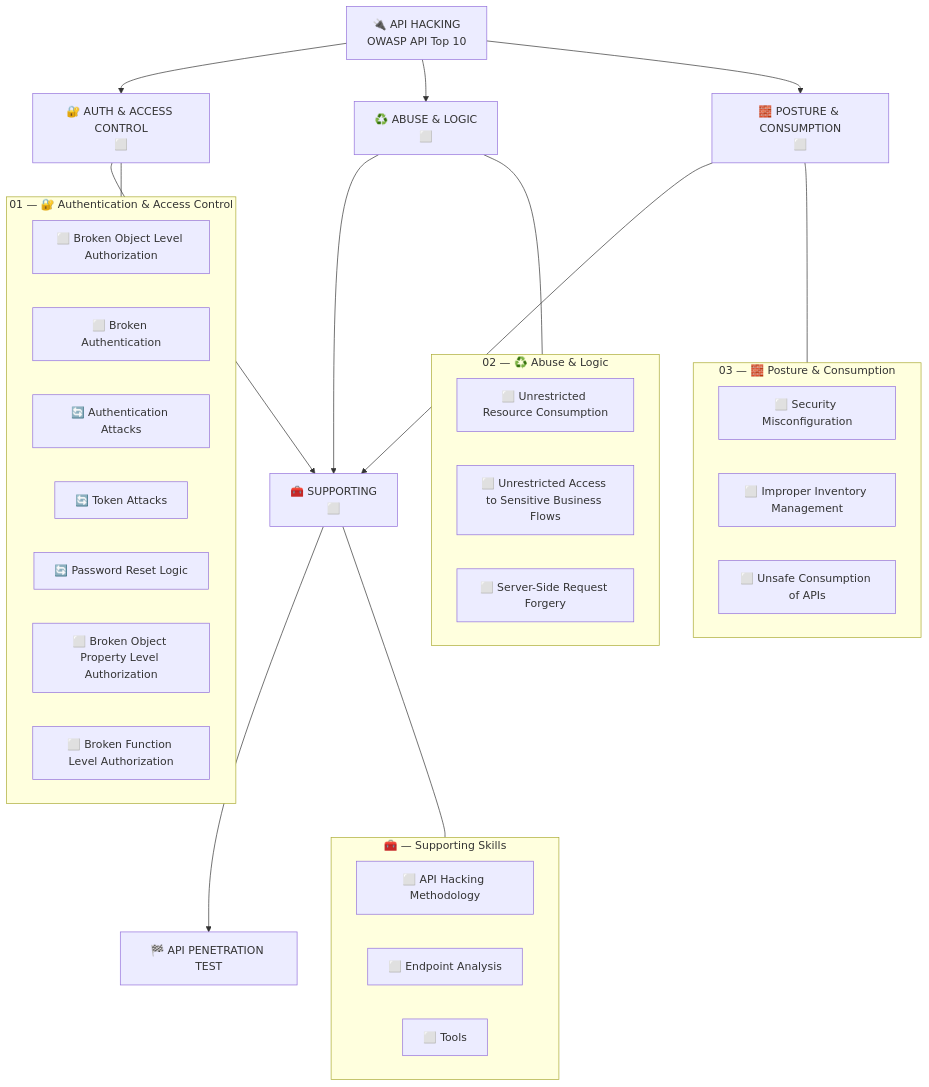
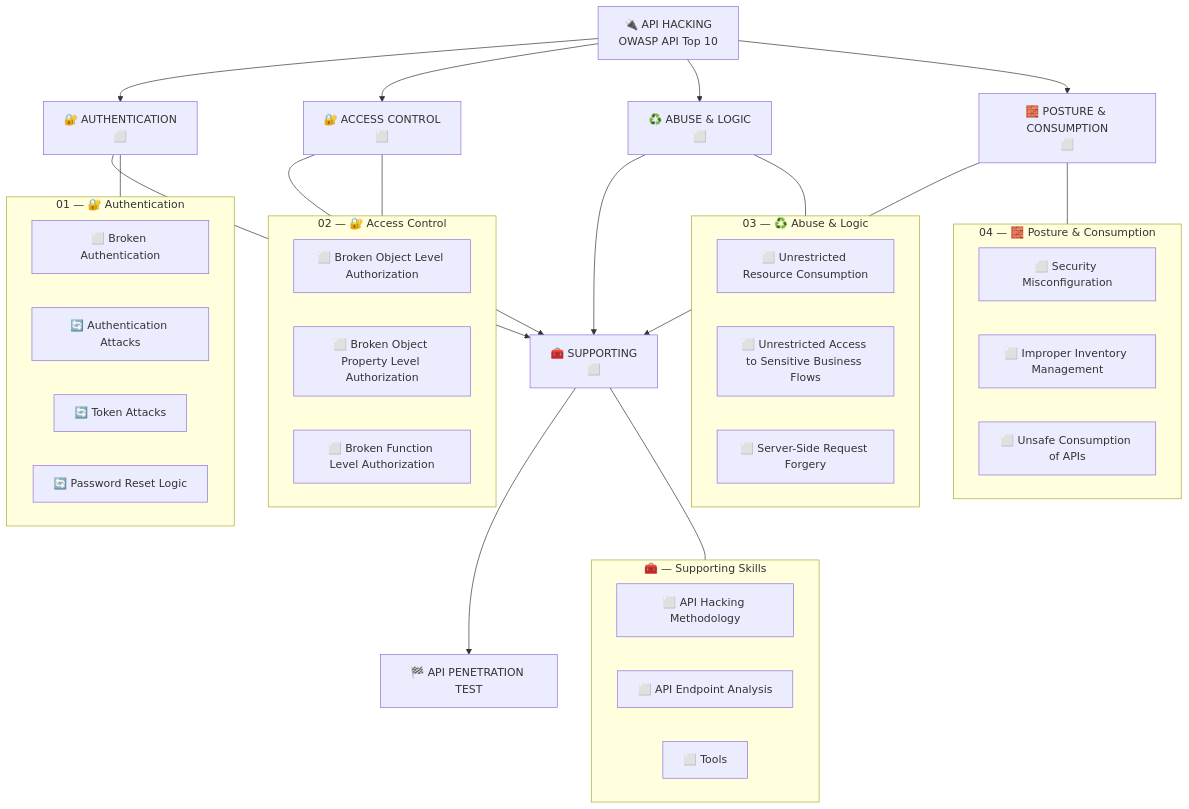
Before and after one commit to romeo-mhakayakora/API-Hacking: the diagram in README.md, drawn with Mermaid. The commit also changed other lines of this file and 18 other files, not shown here.

Commit message:
Split Authentication and Access Control into separate domains (renumber 03/04)

````diff
--- a/README.md
+++ b/README.md
@@ -15,59 +15,63 @@
 ```mermaid
 flowchart TB
     API["🔌 API HACKING<br/>OWASP API Top 10"]
-    D1["🔐 AUTH & ACCESS CONTROL<br/>⬜"]
-    D2["♻️ ABUSE & LOGIC<br/>⬜"]
-    D3["🧱 POSTURE & CONSUMPTION<br/>⬜"]
+    D1["🔐 AUTHENTICATION<br/>⬜"]
+    D2["🔐 ACCESS CONTROL<br/>⬜"]
+    D3["♻️ ABUSE & LOGIC<br/>⬜"]
+    D4["🧱 POSTURE & CONSUMPTION<br/>⬜"]
     SUP["🧰 SUPPORTING<br/>⬜"]
     PENT["🏁 API PENETRATION TEST"]
 
-    API --> D1 & D2 & D3
-    D1 & D2 & D3 --> SUP --> PENT
+    API --> D1 & D2 & D3 & D4
+    D1 & D2 & D3 & D4 --> SUP --> PENT
 
-    subgraph 01_ACCESS_CONTROL ["01 — 🔐 Authentication & Access Control"]
+    subgraph 01_AUTHENTICATION ["01 — 🔐 Authentication"]
+        BA["⬜ Broken Authentication"]
+        AA["🔄 Authentication Attacks"]
+        TA["🔄 Token Attacks"]
+        PRL["🔄 Password Reset Logic"]
+    end
+    subgraph 02_ACCESS_CONTROL ["02 — 🔐 Access Control"]
         BOLA["⬜ Broken Object Level Authorization"]
-        AUTH["⬜ Broken Authentication"]
-        CRED["🔄 Authentication Attacks"]
-        TOK["🔄 Token Attacks"]
-        PWR["🔄 Password Reset Logic"]
         BOPLA["⬜ Broken Object Property Level Authorization"]
         BFLA["⬜ Broken Function Level Authorization"]
     end
-    subgraph 02_ABUSE_LOGIC ["02 — ♻️ Abuse & Logic"]
-        RES["⬜ Unrestricted Resource Consumption"]
-        FLOW["⬜ Unrestricted Access to Sensitive Business Flows"]
-        SSRF["⬜ Server-Side Request Forgery"]
+    subgraph 03_ABUSE_LOGIC ["03 — ♻️ Abuse & Logic"]
+        URC["⬜ Unrestricted Resource Consumption"]
+        UBF["⬜ Unrestricted Access to Sensitive Business Flows"]
+        S["⬜ Server-Side Request Forgery"]
     end
-    subgraph 03_POSTURE_CONSUMPTION ["03 — 🧱 Posture & Consumption"]
-        MIS["⬜ Security Misconfiguration"]
-        INV["⬜ Improper Inventory Management"]
-        CON["⬜ Unsafe Consumption of APIs"]
+    subgraph 04_POSTURE_CONSUMPTION ["04 — 🧱 Posture & Consumption"]
+        SM["⬜ Security Misconfiguration"]
+        IIM["⬜ Improper Inventory Management"]
+        UAC["⬜ Unsafe Consumption of APIs"]
     end
     subgraph SUPPORTING ["🧰 — Supporting Skills"]
         MET["⬜ API Hacking Methodology"]
-        EPA["⬜ Endpoint Analysis"]
+        EPA["⬜ API Endpoint Analysis"]
         TLS["⬜ Tools"]
     end
 
-    D1 --- 01_ACCESS_CONTROL
-    D2 --- 02_ABUSE_LOGIC
-    D3 --- 03_POSTURE_CONSUMPTION
+    D1 --- 01_AUTHENTICATION
+    D2 --- 02_ACCESS_CONTROL
+    D3 --- 03_ABUSE_LOGIC
+    D4 --- 04_POSTURE_CONSUMPTION
     SUP --- SUPPORTING
 
-    click BOLA href "./01-access-control/bola.md"
-    click AUTH href "./01-access-control/broken-authentication.md"
-    click CRED href "./01-access-control/authentication-attacks.md"
-    click TOK href "./01-access-control/token-attacks.md"
-    click PWR href "./01-access-control/password-reset-logic.md"
-    click BOPLA href "./01-access-control/bopla.md"
-    click BFLA href "./01-access-control/bfla.md"
-    click RES href "./02-abuse-logic/unrestricted-resource-consumption.md"
-    click FLOW href "./02-abuse-logic/unrestricted-business-flow.md"
-    click SSRF href "./02-abuse-logic/ssrf.md"
-    click MIS href "./03-posture-consumption/security-misconfiguration.md"
-    click INV href "./03-posture-consumption/improper-inventory-management.md"
-    click CON href "./03-posture-consumption/unsafe-api-consumption.md"
+    click BA href "./01-authentication/broken-authentication.md"
+    click AA href "./01-authentication/authentication-attacks.md"
+    click TA href "./01-authentication/token-attacks.md"
+    click PRL href "./01-authentication/password-reset-logic.md"
+    click BOLA href "./02-access-control/bola.md"
+    click BOPLA href "./02-access-control/bopla.md"
+    click BFLA href "./02-access-control/bfla.md"
+    click URC href "./03-abuse-logic/unrestricted-resource-consumption.md"
+    click UBF href "./03-abuse-logic/unrestricted-business-flow.md"
+    click S href "./03-abuse-logic/ssrf.md"
+    click SM href "./04-posture-consumption/security-misconfiguration.md"
+    click IIM href "./04-posture-consumption/improper-inventory-management.md"
+    click UAC href "./04-posture-consumption/unsafe-api-consumption.md"
     click MET href "./supporting/01-api-methodology.md"
     click EPA href "./supporting/02-api-endpoint-analysis.md"
     click TLS href "./supporting/03-tools.md"
 ```
````
